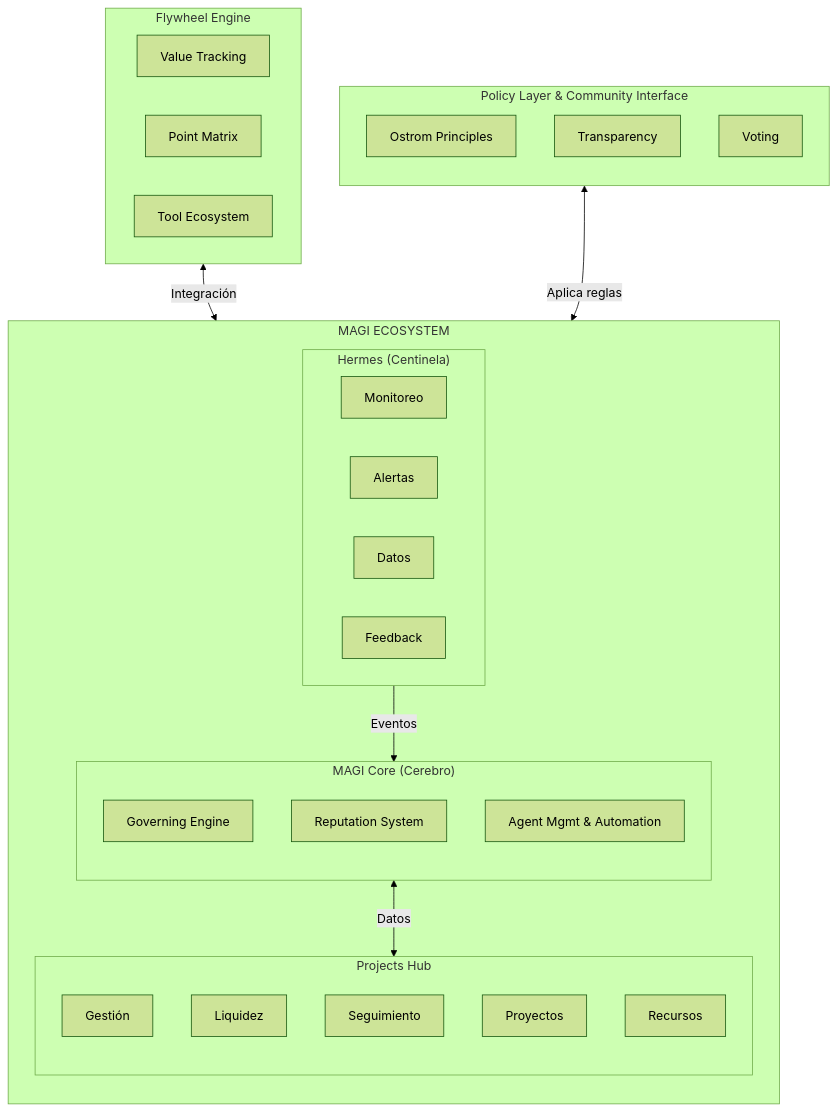
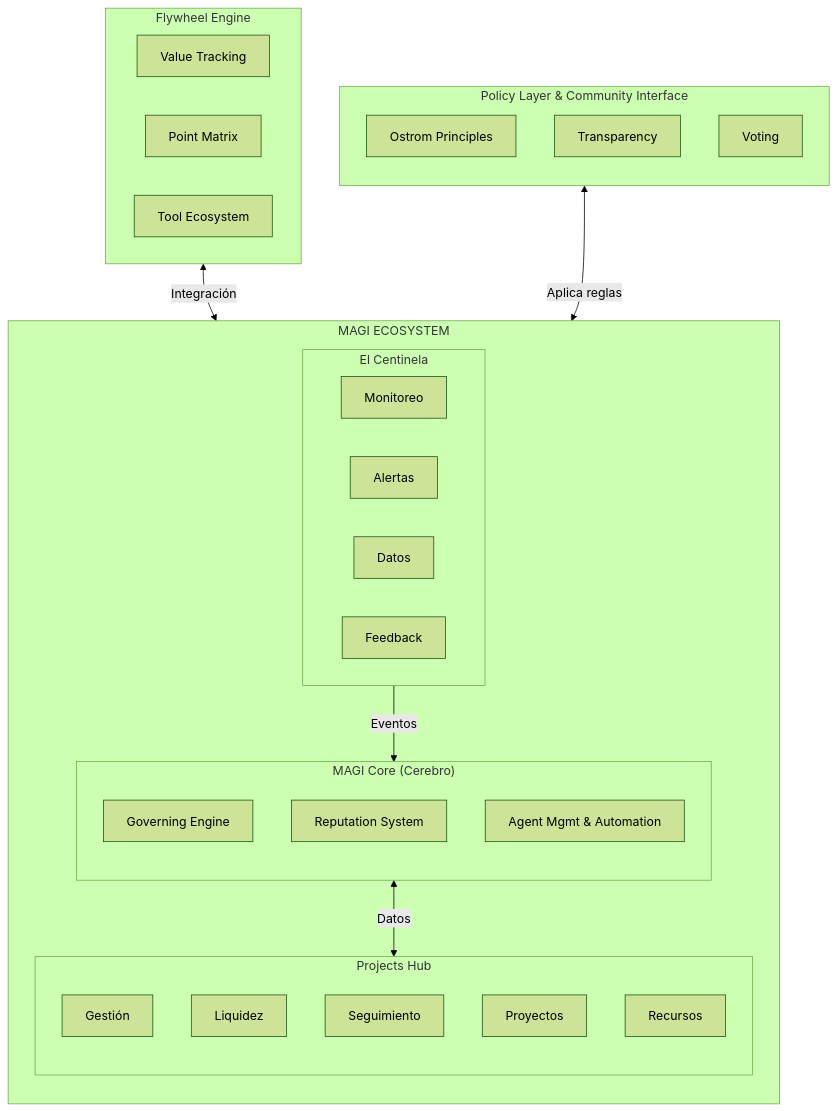
The second of 2 diagrams in README.md (JoyanLabs/magi), drawn with Mermaid (forest theme) before and after one commit. The commit also changed other lines of this file and 1 other file, not shown here.

Commit message:
docs: rename 'Hermes' to 'Centinela' across all documentation

````diff
--- a/README.md
+++ b/README.md
@@ -111,49 +111,49 @@
 ```mermaid
 graph TB
     subgraph MAGI_Ecosystem["MAGI ECOSYSTEM"]
         direction TB
 
-        subgraph Hermes["Hermes (Centinela)"]
+        subgraph Centinela["El Centinela"]
             H1[Monitoreo]
             H2[Alertas]
             H3[Datos]
             H4[Feedback]
         end
 
         subgraph Core["MAGI Core (Cerebro)"]
             direction TB
             GE[Governing Engine]
             RS[Reputation System]
             AM[Agent Mgmt & Automation]
         end
 
         subgraph Projects["Projects Hub"]
             direction TB
             P1[Gestión]
             P2[Liquidez]
             P3[Seguimiento]
             P4[Proyectos]
             P5[Recursos]
         end
 
-        Hermes -->|Eventos| Core
+        Centinela -->|Eventos| Core
         Core <-->|Datos| Projects
     end
 
     Flywheel <-->|Integración| MAGI_Ecosystem
 
     subgraph Flywheel["Flywheel Engine"]
         F1[Value Tracking]
         F2[Point Matrix]
         F3[Tool Ecosystem]
     end
 
     Policy <-->|Aplica reglas| Core
 
     subgraph Policy["Policy Layer & Community Interface"]
         direction TB
         PL[Ostrom Principles]
         PT[Transparency]
         PV[Voting]
     end
 ```
````
